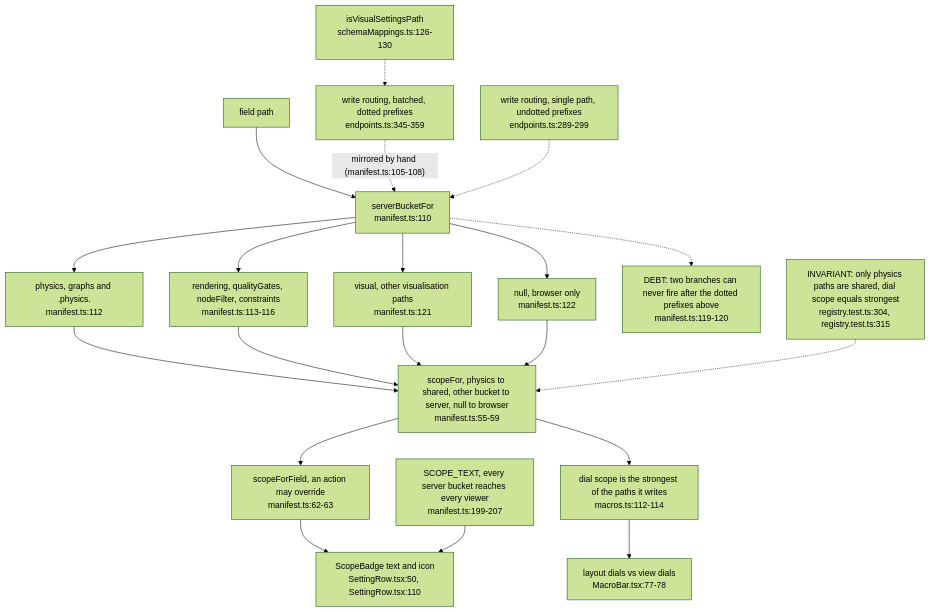
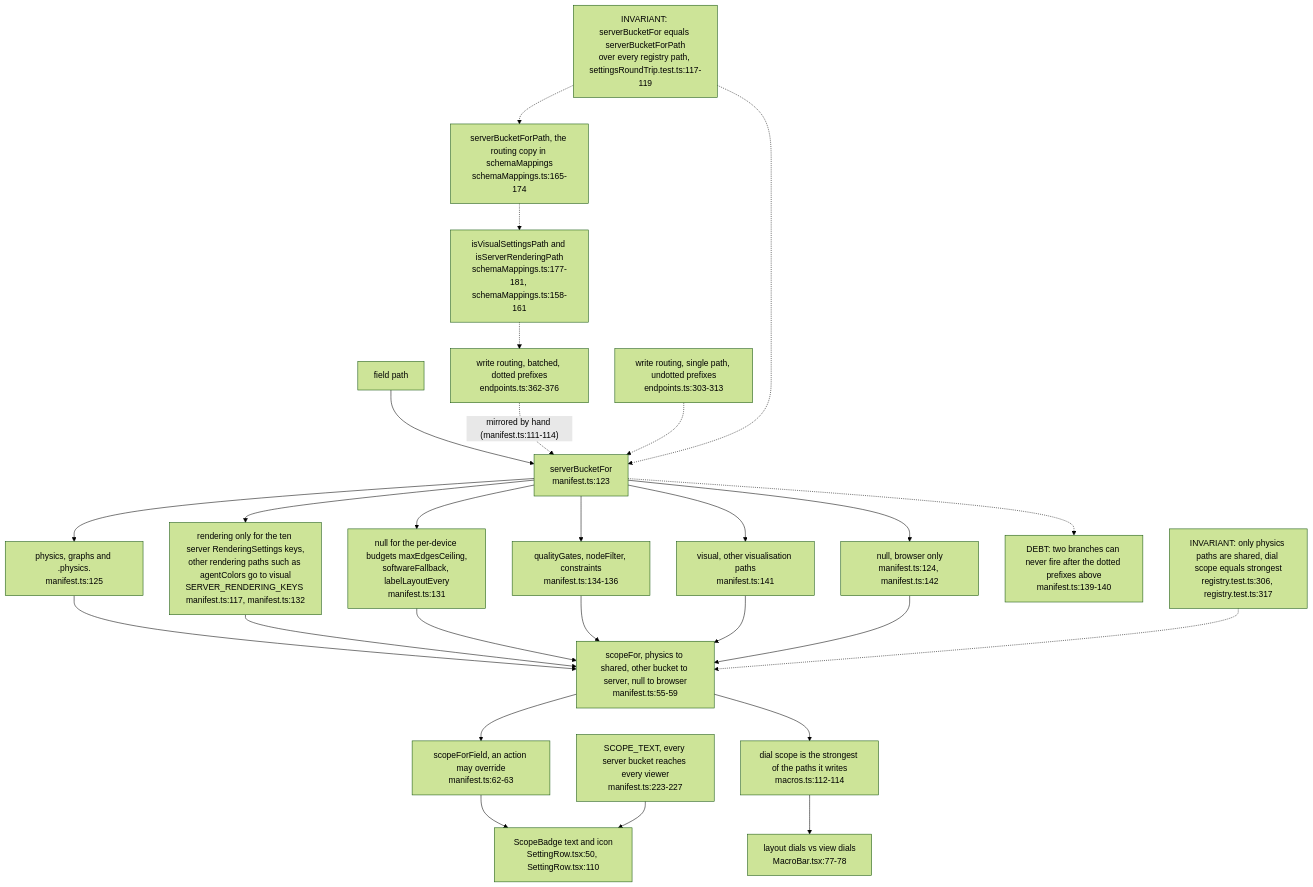
Before and after one commit to DreamLab-AI/VisionFlow: the fourth of 12 diagrams in docs/diagrams/visionclaw/57-control-centre-ia-and-drawer.md, drawn with Mermaid (forest theme). The commit also changed other lines of this file and 46 other files, not shown here.

Commit message:
docs(diagrams): re-verify VisionClaw topics at 809a859aa/a950f4d80 after the consolidation pass

````diff
--- a/docs/diagrams/visionclaw/57-control-centre-ia-and-drawer.md
+++ b/docs/diagrams/visionclaw/57-control-centre-ia-and-drawer.md
@@ -148,22 +160,29 @@
 ```mermaid
 flowchart TB
-    PATH["field path"] --> SBF["serverBucketFor<br/>manifest.ts:110"]
-    SBF --> B1["physics, graphs and .physics.<br/>manifest.ts:112"]
-    SBF --> B2["rendering, qualityGates, nodeFilter, constraints<br/>manifest.ts:113-116"]
-    SBF --> B3["visual, other visualisation paths<br/>manifest.ts:121"]
-    SBF --> B4["null, browser only<br/>manifest.ts:122"]
-    SBF -.-> DEAD["DEBT: two branches can never fire after the dotted prefixes above<br/>manifest.ts:119-120"]
+    PATH["field path"] --> SBF["serverBucketFor<br/>manifest.ts:123"]
+    SBF --> B1["physics, graphs and .physics.<br/>manifest.ts:125"]
+    SBF --> B2["rendering only for the ten server RenderingSettings keys,<br/>other rendering paths such as agentColors go to visual<br/>SERVER_RENDERING_KEYS manifest.ts:117, manifest.ts:132"]
+    SBF --> B2D["null for the per-device budgets maxEdgesCeiling,<br/>softwareFallback, labelLayoutEvery<br/>manifest.ts:131"]
+    SBF --> B2Q["qualityGates, nodeFilter, constraints<br/>manifest.ts:134-136"]
+    SBF --> B3["visual, other visualisation paths<br/>manifest.ts:141"]
+    SBF --> B4["null, browser only<br/>manifest.ts:124, manifest.ts:142"]
+    SBF -.-> DEAD["DEBT: two branches can never fire after the dotted prefixes above<br/>manifest.ts:139-140"]
     B1 --> SF["scopeFor, physics to shared, other bucket to server, null to browser<br/>manifest.ts:55-59"]
     B2 --> SF
+    B2D --> SF
+    B2Q --> SF
     B3 --> SF
     B4 --> SF
     SF --> SFF["scopeForField, an action may override<br/>manifest.ts:62-63"]
     SFF --> BADGE["ScopeBadge text and icon<br/>SettingRow.tsx:50, SettingRow.tsx:110"]
-    TXT["SCOPE_TEXT, every server bucket reaches every viewer<br/>manifest.ts:199-207"] --> BADGE
+    TXT["SCOPE_TEXT, every server bucket reaches every viewer<br/>manifest.ts:223-227"] --> BADGE
     SF --> MAC["dial scope is the strongest of the paths it writes<br/>macros.ts:112-114"]
     MAC --> DIALS["layout dials vs view dials<br/>MacroBar.tsx:77-78"]
-    INV["INVARIANT: only physics paths are shared, dial scope equals strongest<br/>registry.test.ts:304, registry.test.ts:315"] -.-> SF
-    R1["write routing, batched, dotted prefixes<br/>endpoints.ts:345-359"] -.->|"mirrored by hand (manifest.ts:105-108)"| SBF
-    R2["write routing, single path, undotted prefixes<br/>endpoints.ts:289-299"] -.-> SBF
-    R3["isVisualSettingsPath<br/>schemaMappings.ts:126-130"] -.-> R1
+    INV["INVARIANT: only physics paths are shared, dial scope equals strongest<br/>registry.test.ts:306, registry.test.ts:317"] -.-> SF
+    R1["write routing, batched, dotted prefixes<br/>endpoints.ts:362-376"] -.->|"mirrored by hand (manifest.ts:111-114)"| SBF
+    R2["write routing, single path, undotted prefixes<br/>endpoints.ts:303-313"] -.-> SBF
+    R3["isVisualSettingsPath and isServerRenderingPath<br/>schemaMappings.ts:177-181, schemaMappings.ts:158-161"] -.-> R1
+    R4["serverBucketForPath, the routing copy in schemaMappings<br/>schemaMappings.ts:165-174"] -.-> R3
+    PIN["INVARIANT: serverBucketFor equals serverBucketForPath<br/>over every registry path, settingsRoundTrip.test.ts:117-119"] -.-> SBF
+    PIN -.-> R4
 ```
````
